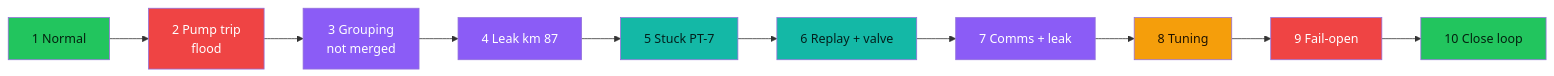
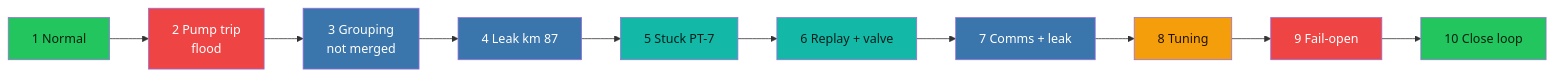
The eighth of 8 diagrams in README.md (kiruthikpurpose/DeltaTrace), drawn with Mermaid before and after one commit. The commit also changed other lines of this file and 29 other files, not shown here.

First line of the commit message:
Redesign: neutral SCADA palette, diagram fixes, responsive layout, PDF reports

````diff
--- a/README.md
+++ b/README.md
@@ -247,9 +258,9 @@
 ```mermaid
 flowchart LR
   s1[1 Normal]:::a --> s2[2 Pump trip<br/>flood]:::b --> s3[3 Grouping<br/>not merged]:::c --> s4[4 Leak km 87]:::c --> s5[5 Stuck PT-7]:::d --> s6[6 Replay + valve]:::d --> s7[7 Comms + leak]:::c --> s8[8 Tuning]:::e --> s9[9 Fail-open]:::b --> s10[10 Close loop]:::a
   classDef a fill:#22c55e,color:#04210f
   classDef b fill:#ef4444,color:#fff
-  classDef c fill:#8b5cf6,color:#fff
+  classDef c fill:#3a76ab,color:#fff
   classDef d fill:#14b8a6,color:#03201d
   classDef e fill:#f59e0b,color:#1f1300
 ```
````
